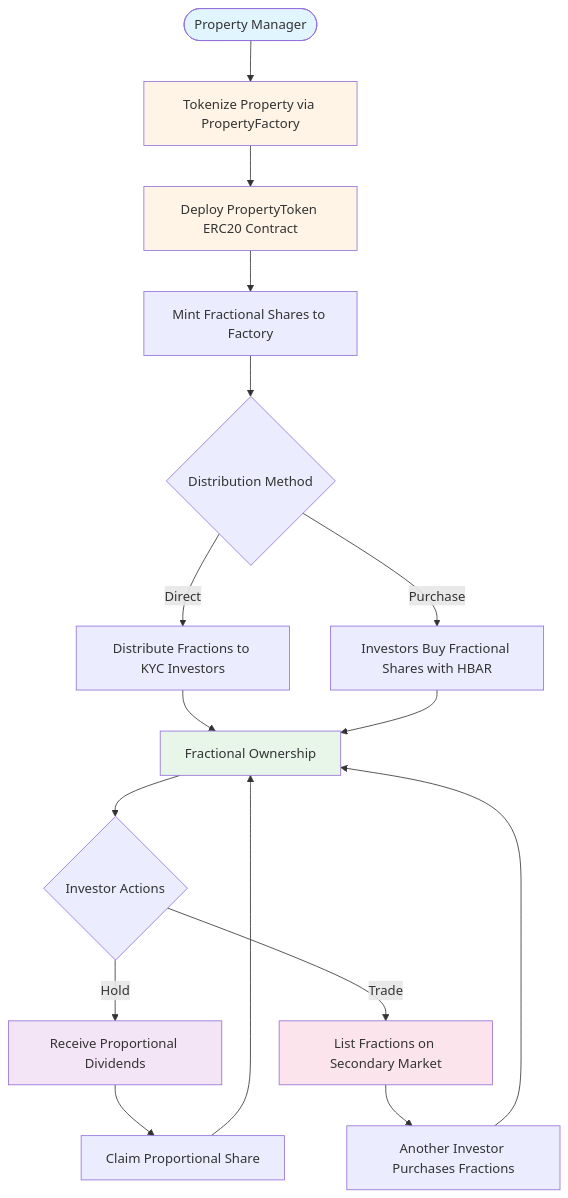
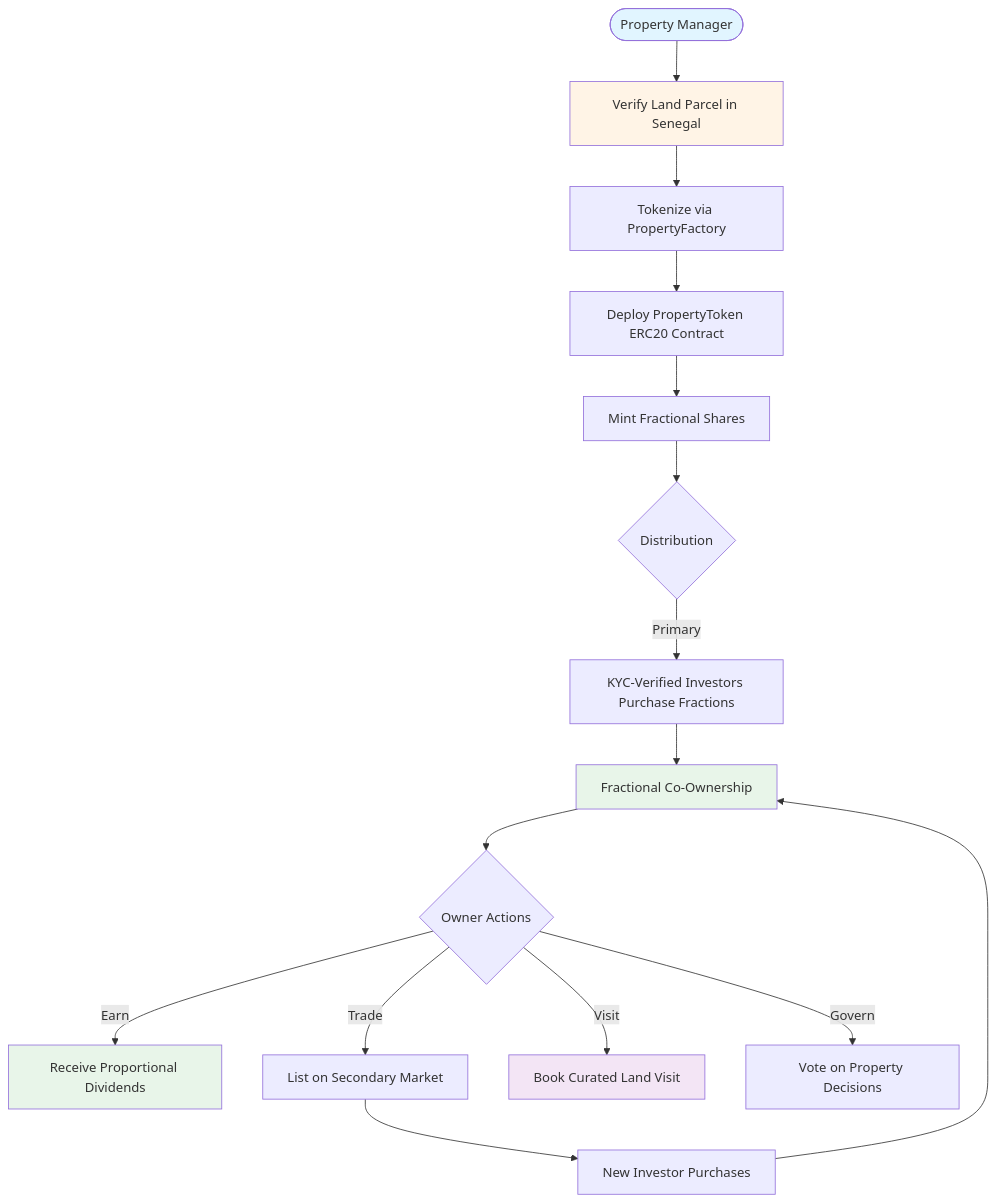
The first of 2 diagrams in README.md (welcomehome-intl/welcome-marketplace), drawn with Mermaid before and after one commit. The commit also changed other lines of this file, not shown here.

````diff
--- a/README.md
+++ b/README.md
@@ -451,31 +273,27 @@
 ```mermaid
 flowchart TD
-    Start([Property Manager]) --> Create[Tokenize Property via PropertyFactory]
-    Create --> Deploy[Deploy PropertyToken ERC20 Contract]
-    Deploy --> Mint[Mint Fractional Shares to Factory]
-    Mint --> Distribute{Distribution Method}
+    Start([Property Manager]) --> Verify[Verify Land Parcel in Senegal]
+    Verify --> Tokenize[Tokenize via PropertyFactory]
+    Tokenize --> Deploy[Deploy PropertyToken ERC20 Contract]
+    Deploy --> Mint[Mint Fractional Shares]
+    Mint --> Distribute{Distribution}
 
-    Distribute -->|Direct| DistTokens[Distribute Fractions to KYC Investors]
-    Distribute -->|Purchase| Purchase[Investors Buy Fractional Shares with HBAR]
+    Distribute -->|Primary| Investors[KYC-Verified Investors Purchase Fractions]
+    Investors --> Holdings[Fractional Co-Ownership]
 
-    DistTokens --> Holdings[Fractional Ownership]
-    Purchase --> Holdings
+    Holdings --> Actions{Owner Actions}
 
-    Holdings --> Trade{Investor Actions}
+    Actions -->|Earn| Dividends[Receive Proportional Dividends]
+    Actions -->|Trade| Secondary[List on Secondary Market]
+    Actions -->|Visit| Travel[Book Curated Land Visit]
+    Actions -->|Govern| Vote[Vote on Property Decisions]
 
-    Trade -->|Hold| Dividends[Receive Proportional Dividends]
-    Trade -->|Trade| Marketplace[List Fractions on Secondary Market]
-
-    Marketplace --> Buyer[Another Investor Purchases Fractions]
-    Buyer --> Holdings
-
-    Dividends --> Claim[Claim Proportional Share]
-    Claim --> Holdings
+    Secondary --> NewOwner[New Investor Purchases]
+    NewOwner --> Holdings
 
     style Start fill:#e1f5ff
-    style Create fill:#fff4e6
-    style Deploy fill:#fff4e6
+    style Verify fill:#fff4e6
     style Holdings fill:#e8f5e9
-    style Dividends fill:#f3e5f5
-    style Marketplace fill:#fce4ec
+    style Travel fill:#f3e5f5
+    style Dividends fill:#e8f5e9
 ```
````
